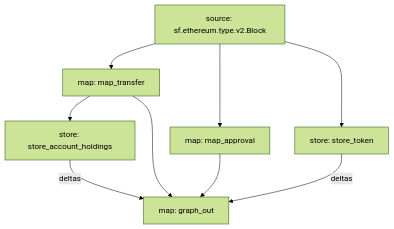
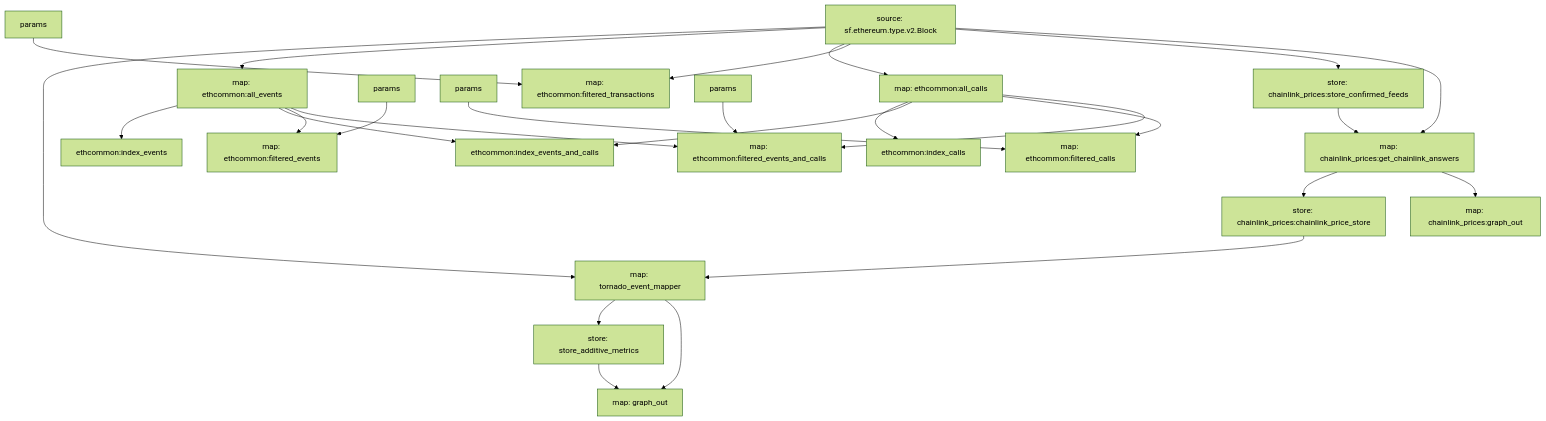
The diagram in README.md (JUSTICEESSIELP/tornado_cash_substream), drawn with Mermaid (forest theme) before and after one commit. The commit also changed other lines of this file, not shown here.

````diff
--- a/README.md
+++ b/README.md
@@ -76,17 +71,43 @@
 ```mermaid
 graph TD;
-  map_transfer[map: map_transfer];
-  sf.ethereum.type.v2.Block[source: sf.ethereum.type.v2.Block] --> map_transfer;
-  map_approval[map: map_approval];
-  sf.ethereum.type.v2.Block[source: sf.ethereum.type.v2.Block] --> map_approval;
-  store_account_holdings[store: store_account_holdings];
-  map_transfer --> store_account_holdings;
-  store_token[store: store_token];
-  sf.ethereum.type.v2.Block[source: sf.ethereum.type.v2.Block] --> store_token;
+  tornado_event_mapper[map: tornado_event_mapper];
+  sf.ethereum.type.v2.Block[source: sf.ethereum.type.v2.Block] --> tornado_event_mapper;
+  chainlink_prices:chainlink_price_store --> tornado_event_mapper;
+  store_additive_metrics[store: store_additive_metrics];
+  tornado_event_mapper --> store_additive_metrics;
   graph_out[map: graph_out];
-  map_transfer --> graph_out;
-  map_approval --> graph_out;
-  store_account_holdings -- deltas --> graph_out;
-  store_token -- deltas --> graph_out;
+  tornado_event_mapper --> graph_out;
+  store_additive_metrics --> graph_out;
+  ethcommon:all_events[map: ethcommon:all_events];
+  sf.ethereum.type.v2.Block[source: sf.ethereum.type.v2.Block] --> ethcommon:all_events;
+  ethcommon:all_calls[map: ethcommon:all_calls];
+  sf.ethereum.type.v2.Block[source: sf.ethereum.type.v2.Block] --> ethcommon:all_calls;
+  ethcommon:all_events --> ethcommon:index_events;
+  ethcommon:all_calls --> ethcommon:index_calls;
+  ethcommon:all_events --> ethcommon:index_events_and_calls;
+  ethcommon:all_calls --> ethcommon:index_events_and_calls;
+  ethcommon:filtered_events[map: ethcommon:filtered_events];
+  ethcommon:filtered_events:params[params] --> ethcommon:filtered_events;
+  ethcommon:all_events --> ethcommon:filtered_events;
+  ethcommon:filtered_calls[map: ethcommon:filtered_calls];
+  ethcommon:filtered_calls:params[params] --> ethcommon:filtered_calls;
+  ethcommon:all_calls --> ethcommon:filtered_calls;
+  ethcommon:filtered_transactions[map: ethcommon:filtered_transactions];
+  ethcommon:filtered_transactions:params[params] --> ethcommon:filtered_transactions;
+  sf.ethereum.type.v2.Block[source: sf.ethereum.type.v2.Block] --> ethcommon:filtered_transactions;
+  ethcommon:filtered_events_and_calls[map: ethcommon:filtered_events_and_calls];
+  ethcommon:filtered_events_and_calls:params[params] --> ethcommon:filtered_events_and_calls;
+  ethcommon:all_events --> ethcommon:filtered_events_and_calls;
+  ethcommon:all_calls --> ethcommon:filtered_events_and_calls;
+  chainlink_prices:store_confirmed_feeds[store: chainlink_prices:store_confirmed_feeds];
+  sf.ethereum.type.v2.Block[source: sf.ethereum.type.v2.Block] --> chainlink_prices:store_confirmed_feeds;
+  chainlink_prices:get_chainlink_answers[map: chainlink_prices:get_chainlink_answers];
+  sf.ethereum.type.v2.Block[source: sf.ethereum.type.v2.Block] --> chainlink_prices:get_chainlink_answers;
+  chainlink_prices:store_confirmed_feeds --> chainlink_prices:get_chainlink_answers;
+  chainlink_prices:chainlink_price_store[store: chainlink_prices:chainlink_price_store];
+  chainlink_prices:get_chainlink_answers --> chainlink_prices:chainlink_price_store;
+  chainlink_prices:graph_out[map: chainlink_prices:graph_out];
+  chainlink_prices:get_chainlink_answers --> chainlink_prices:graph_out;
+
 
 ```
````
